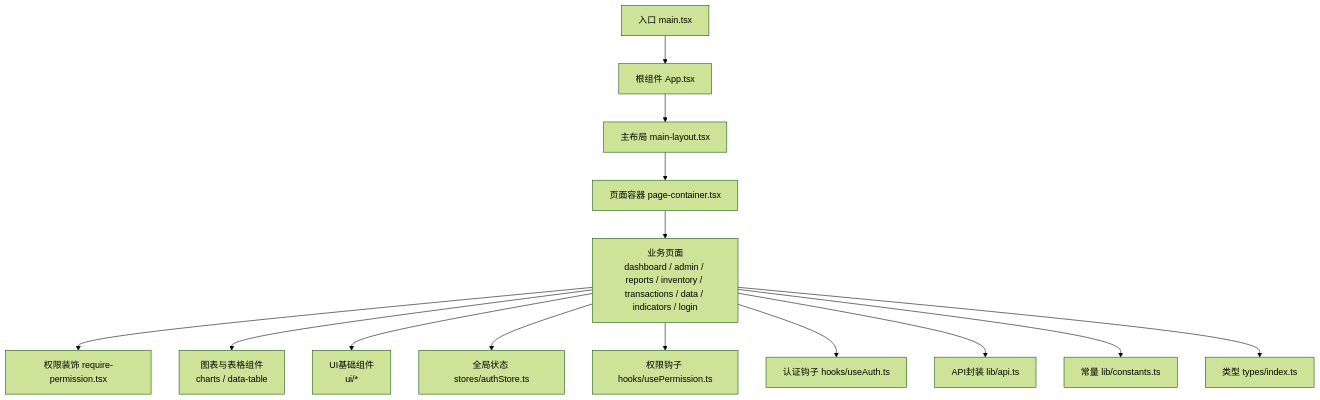
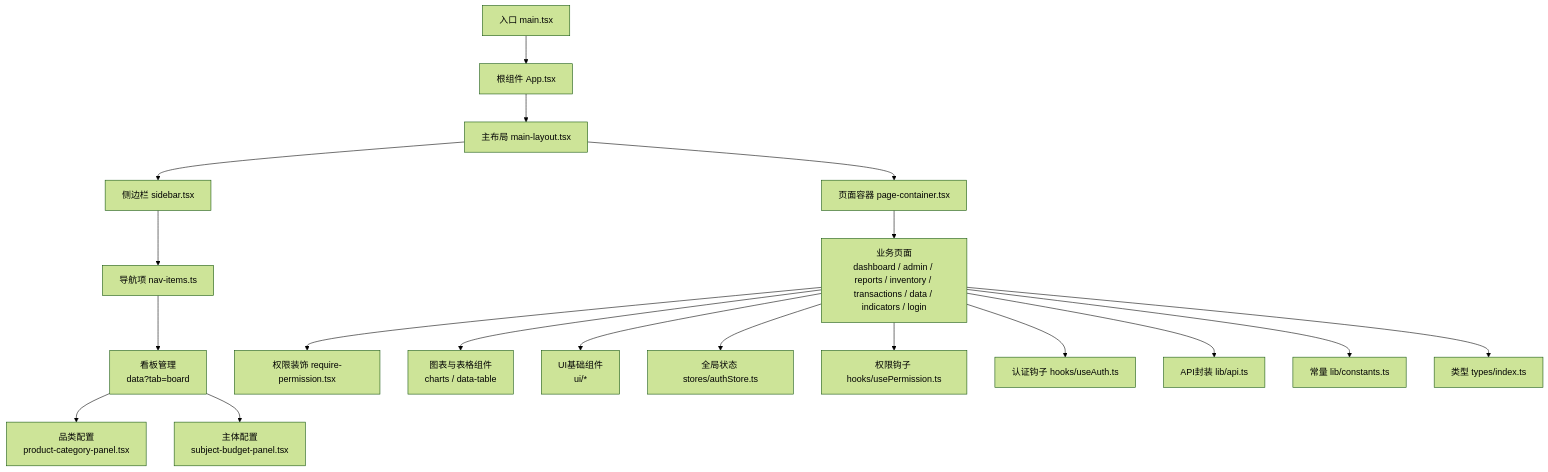
Before and after one commit to Damao997/newproject: the first of 12 diagrams in .qoder/repowiki/zh/content/页面组件/页面组件.md, drawn with Mermaid (forest theme). The commit also changed other lines of this file and 62 other files, not shown here.

````diff
--- a/.qoder/repowiki/zh/content/页面组件/页面组件.md
+++ b/.qoder/repowiki/zh/content/页面组件/页面组件.md
@@ -47,16 +61,21 @@
 ```mermaid
 graph TB
 A["入口 main.tsx"] --> B["根组件 App.tsx"]
 B --> C["主布局 main-layout.tsx"]
-C --> D["页面容器 page-container.tsx"]
-D --> E["业务页面<br/>dashboard / admin / reports / inventory / transactions / data / indicators / login"]
-E --> F["权限装饰 require-permission.tsx"]
-E --> G["图表与表格组件<br/>charts / data-table"]
-E --> H["UI基础组件<br/>ui/*"]
-E --> I["全局状态 stores/authStore.ts"]
-E --> J["权限钩子 hooks/usePermission.ts"]
-E --> K["认证钩子 hooks/useAuth.ts"]
-E --> L["API封装 lib/api.ts"]
-E --> M["常量 lib/constants.ts"]
-E --> N["类型 types/index.ts"]
+C --> D["侧边栏 sidebar.tsx"]
+D --> E["导航项 nav-items.ts"]
+E --> F["看板管理<br/>data?tab=board"]
+F --> G["品类配置<br/>product-category-panel.tsx"]
+F --> H["主体配置<br/>subject-budget-panel.tsx"]
+C --> I["页面容器 page-container.tsx"]
+I --> J["业务页面<br/>dashboard / admin / reports / inventory / transactions / data / indicators / login"]
+J --> K["权限装饰 require-permission.tsx"]
+J --> L["图表与表格组件<br/>charts / data-table"]
+J --> M["UI基础组件<br/>ui/*"]
+J --> N["全局状态 stores/authStore.ts"]
+J --> O["权限钩子 hooks/usePermission.ts"]
+J --> P["认证钩子 hooks/useAuth.ts"]
+J --> Q["API封装 lib/api.ts"]
+J --> R["常量 lib/constants.ts"]
+J --> S["类型 types/index.ts"]
 ```
````
